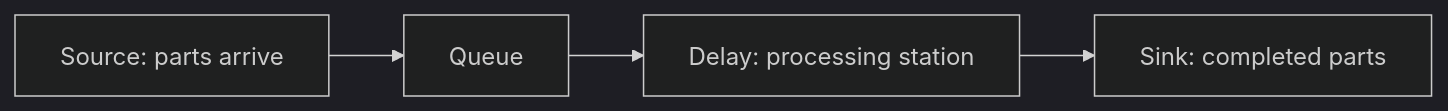
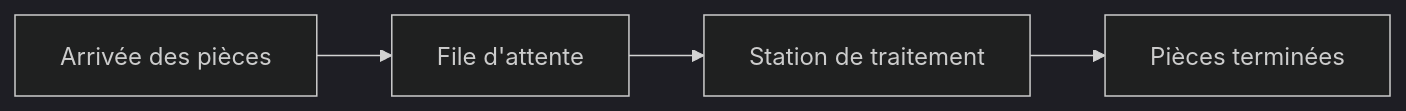
One commit to analistefan/Simulation-d-une-station-de-traitement-de-pieces changed the diagram in README.md. Above: the diagram before and after it, drawn with Mermaid (dark theme). The commit also changed other lines of this file and 9 other files, not shown here.

````diff
--- a/README.md
+++ b/README.md
@@ -7,4 +9,4 @@
 ```mermaid
 flowchart LR
-  A[Source: parts arrive] --> B[Queue] --> C[Delay: processing station] --> D[Sink: completed parts]
+  A[Arrivée des pièces] --> B[File d'attente] --> C[Station de traitement] --> D[Pièces terminées]
 ```
````
